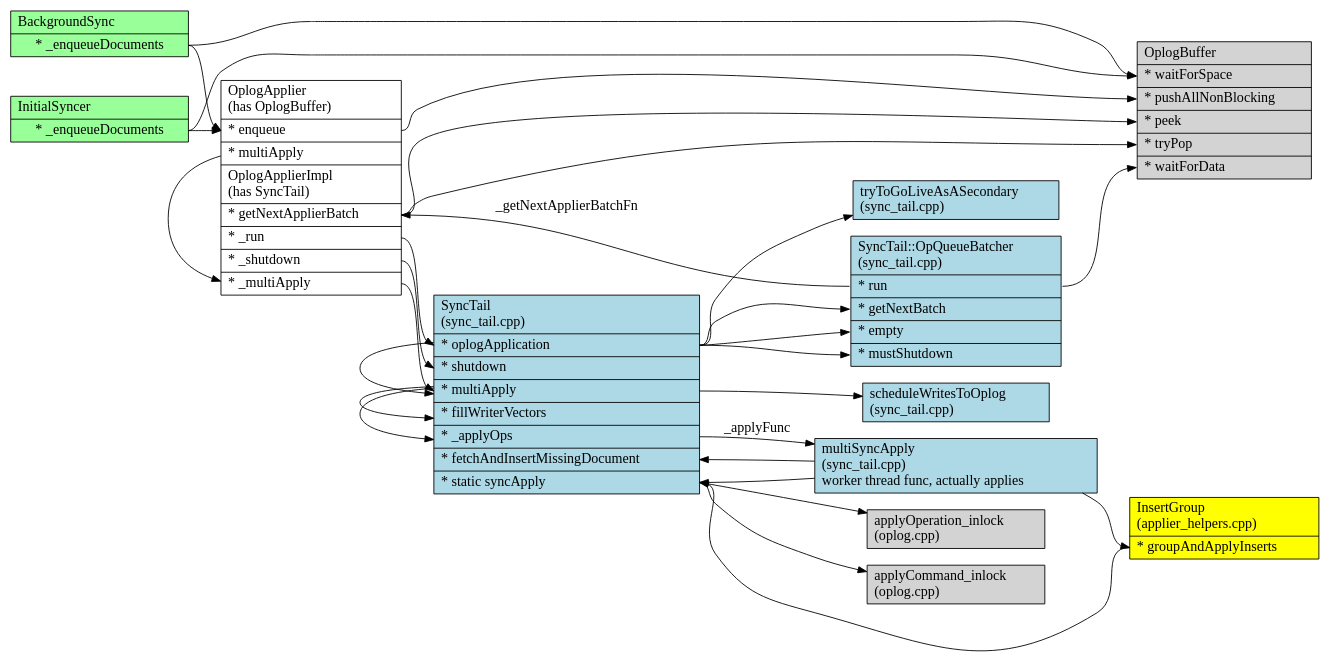
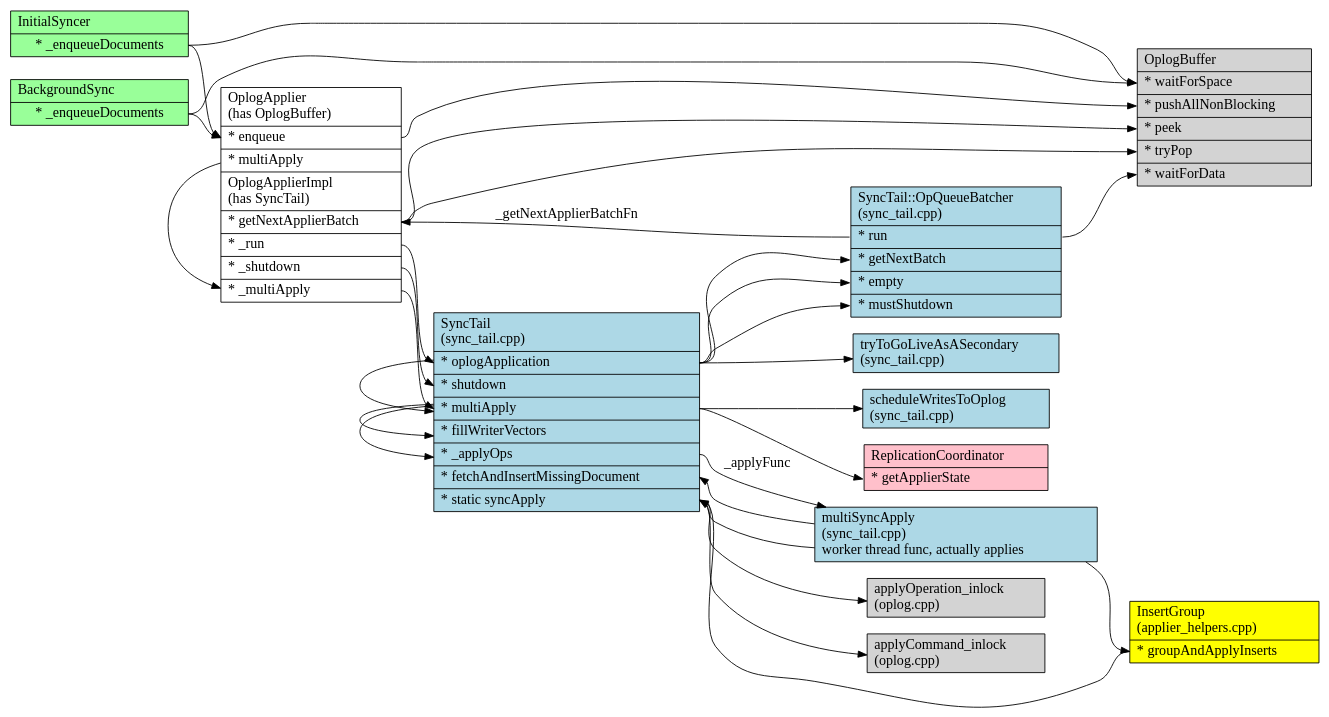
One commit to ajdavis/oplog_applier changed the diagram in oplog_applier/oplog_applier.gv. Above: the diagram before and after it, drawn with Graphviz. The commit also changed 22 other files, not shown here.

```diff
--- a/oplog_applier/oplog_applier.gv
+++ b/oplog_applier/oplog_applier.gv
@@ -1,144 +1,154 @@
 /*
 
 Currently oplog application is split between OplogApplier, SyncTail, applyOps,
 transaction_oplog_application.cpp, and oplog.cpp. The OplogApplier is the direction we want to be
 moving towards but it wasn't fully completed. We likely will not want to merge everything together,
 but we will save ourselves a lot of time in the future if we finish the OplogApplier and make oplog
 application code much more straightforward.
 
 */
 
 digraph g {
 graph [
 rankdir = "LR";
 ];
 node [
 fontsize = "16";
 labeljust = "left";
 shape = "record";
 style = "filled";
 ];
 edge [
 fontsize = "16";
 ];
 
 /*
  * oplog_applier.cpp
  *
  */
 
 "OplogApplier" [
 fillcolor = white;
 label = "OplogApplier \l(has OplogBuffer)\l|<enqueue> * enqueue\l|<multiApply> * multiApply\l|OplogApplierImpl\l(has SyncTail)\l|<getNextApplierBatch> * getNextApplierBatch\l|<_run> * _run\l|<_shutdown> * _shutdown\l|<_multiApply> * _multiApply\l"
 ];
 
 OplogApplier:enqueue -> OplogBuffer:pushAllNonBlocking;
 OplogApplier:_run -> SyncTail:oplogApplication;
 OplogApplier:_shutdown -> SyncTail:shutdown;
 OplogApplier:multiApply -> OplogApplier:_multiApply;
 OplogApplier:_multiApply -> SyncTail:multiApply;
 
 OplogApplier:getNextApplierBatch -> OplogBuffer:peek [weight=2];
 OplogApplier:getNextApplierBatch -> OplogBuffer:tryPop;
 "OplogBuffer" [
 label = "OplogBuffer\l|<waitForSpace> * waitForSpace\l|<pushAllNonBlocking> * pushAllNonBlocking\l|<peek> * peek\l|<tryPop> * tryPop\l|<waitForData> * waitForData\l"
 ];
 
 /*
+ * replication_coordinator_impl.cpp
+ */
+
+"ReplicationCoordinator" [
+fillcolor = "pink";
+label = "ReplicationCoordinator\l|<getApplierState> * getApplierState\l";
+];
+
+/*
  * synctail_.cpp
  *
  */
 
 "tryToGoLiveAsASecondary" [
 fillcolor = "lightblue";
 label = "tryToGoLiveAsASecondary\l(sync_tail.cpp)\l";
 ];
 
 // Has _getNextApplierBatchFn - this is OplogApplier::getNextApplierBatch in oplog_applier.cpp
 "OpQueueBatcher" [
 fillcolor = "lightblue";
 label = "SyncTail::OpQueueBatcher\l(sync_tail.cpp)\l|<run> * run\l|<getNextBatch> * getNextBatch\l|<empty> * empty\l|<mustShutdown> * mustShutdown\l"
 ];
 
 "SyncTail" [
 fillcolor = "lightblue";
 label = "SyncTail\l(sync_tail.cpp)\l|<oplogApplication> * oplogApplication\l| <shutdown> * shutdown\l|<multiApply> * multiApply\l|<fillWriterVectors> * fillWriterVectors\l|<_applyOps> * _applyOps\l|<fetchAndInsertMissingDocument> * fetchAndInsertMissingDocument\l|<syncApply> * static syncApply\l";
 ];
 
 SyncTail:oplogApplication -> OpQueueBatcher:getNextBatch;
 SyncTail:oplogApplication -> OpQueueBatcher:empty;
 SyncTail:oplogApplication -> OpQueueBatcher:mustShutdown;
 SyncTail:oplogApplication -> SyncTail:multiApply;
 SyncTail:oplogApplication -> tryToGoLiveAsASecondary;
 SyncTail:multiApply -> scheduleWritesToOplog;
 SyncTail:multiApply -> SyncTail:_applyOps;
 SyncTail:multiApply -> SyncTail:fillWriterVectors;
+SyncTail:multiApply -> ReplicationCoordinator:getApplierState;
 SyncTail:_applyOps -> multiSyncApply [label=_applyFunc];
 SyncTail:syncApply -> applyOperation_inlock;
 SyncTail:syncApply -> applyCommand_inlock;
 
 OpQueueBatcher:run -> OplogApplier:getNextApplierBatch [label = _getNextApplierBatchFn];
 OpQueueBatcher:run -> OplogBuffer:waitForData;
 
 "multiSyncApply" [
 fillcolor = "lightblue";
 label = "multiSyncApply\l(sync_tail.cpp)\l  worker thread func, actually applies\l";
 ];
 
 multiSyncApply -> SyncTail:fetchAndInsertMissingDocument;
 multiSyncApply -> SyncTail:syncApply;
 multiSyncApply -> InsertGroup:groupAndApplyInserts;
 
 "scheduleWritesToOplog" [
 fillcolor = "lightblue";
 label = "scheduleWritesToOplog\l(sync_tail.cpp)\l";
 ];
 
 /*
  * applier_helpers.cpp
  */
 
 "InsertGroup" [
 fillcolor = "yellow";
 label = "InsertGroup\l(applier_helpers.cpp)\l|<groupAndApplyInserts> * groupAndApplyInserts\l";
 ];
 
 InsertGroup:groupAndApplyInserts -> SyncTail:syncApply;
 
 /*
  * oplog.cpp
  *
  */
 
 "applyOperation_inlock" [
 fillcolor = "lightgray";
 label = "applyOperation_inlock\l(oplog.cpp)\l";
 ];
 
 "applyCommand_inlock" [
 fillcolor = "lightgray";
 label = "applyCommand_inlock\l(oplog.cpp)\l";
 ];
 
 /*
  * bgsync.cpp
  *
  */
 
 "BackgroundSync" [
 fillcolor = "#99FF99";
 label = "BackgroundSync\l|<_enqueueDocuments> * _enqueueDocuments";
 ]
 
 BackgroundSync:_enqueueDocuments -> OplogBuffer:waitForSpace;
 BackgroundSync:_enqueueDocuments -> OplogApplier:enqueue;
 
 "InitialSyncer" [
 fillcolor = "#99FF99";
 label = "InitialSyncer\l|<_enqueueDocuments> * _enqueueDocuments";
 ]
 
 InitialSyncer:_enqueueDocuments -> OplogBuffer:waitForSpace;
 InitialSyncer:_enqueueDocuments -> OplogApplier:enqueue [weight=2];
 
 }
```
